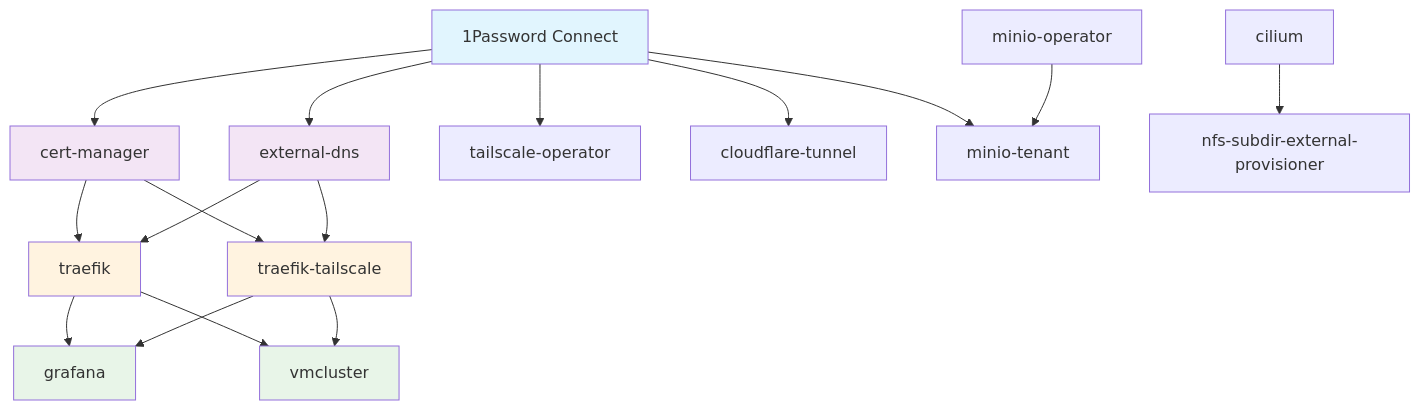
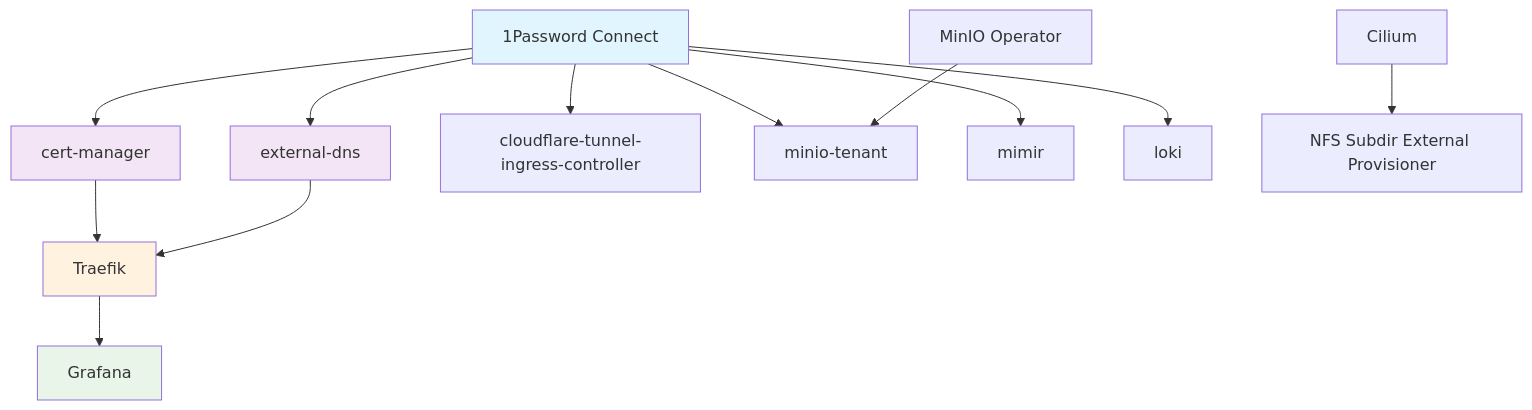
The diagram in helmfile/README.md (Soli0222/pke), drawn with Mermaid before and after one commit. The commit also changed other lines of this file, not shown here.

````diff
--- a/helmfile/README.md
+++ b/helmfile/README.md
@@ -81,29 +76,22 @@
 ```mermaid
 graph TD
     A[1Password Connect] --> B[cert-manager]
     A --> C[external-dns]
-    A --> D[tailscale-operator]
-    A --> E[cloudflare-tunnel]
-    A --> F[minio-tenant]
+    A --> D[cloudflare-tunnel-ingress-controller]
+    A --> E[minio-tenant]
+    A --> F[mimir]
+    A --> G[loki]
     
-    B --> G[traefik]
-    C --> G
-    B --> H[traefik-tailscale]
-    C --> H
+    H[Cilium] --> I[NFS Subdir External Provisioner]
+    B --> J[Traefik]
+    C --> J
+    J --> K[Grafana]
     
-    G --> I[grafana]
-    H --> I
-    G --> J[vmcluster]
-    H --> J
-    
-    K[cilium] --> L[nfs-subdir-external-provisioner]
-    M[minio-operator] --> F
+    L[MinIO Operator] --> E
     
     style A fill:#e1f5fe
     style B fill:#f3e5f5
     style C fill:#f3e5f5
-    style G fill:#fff3e0
-    style H fill:#fff3e0
-    style I fill:#e8f5e8
-    style J fill:#e8f5e8
+    style J fill:#fff3e0
+    style K fill:#e8f5e8
 ```
````
